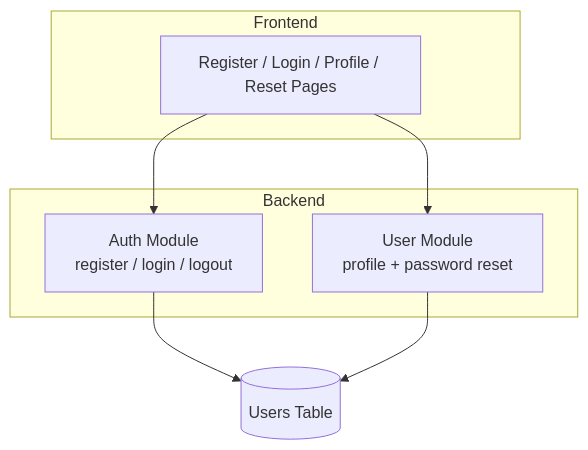
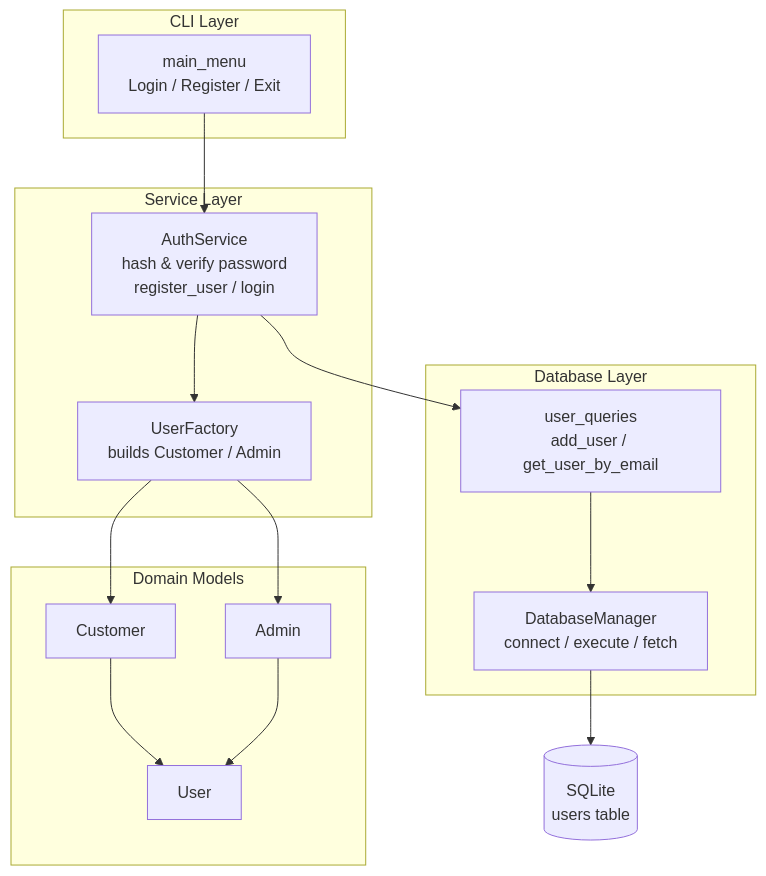
Before and after one commit to eirikrbe/MSE800-PSD: the first of 7 diagrams in W10/Ako-puku_Login_Demo/README.md, drawn with Mermaid. The commit also changed other lines of this file, not shown here.

````diff
--- a/W10/Ako-puku_Login_Demo/README.md
+++ b/W10/Ako-puku_Login_Demo/README.md
@@ -13,18 +12,34 @@
 ```mermaid
 graph TB
-    subgraph FE["Frontend"]
-        Pages[Register / Login / Profile / Reset Pages]
+    subgraph CLI["CLI Layer"]
+        Menu[main_menu<br/>Login / Register / Exit]
     end
 
-    subgraph App["Backend"]
-        Auth[Auth Module<br/>register / login / logout]
-        User[User Module<br/>profile + password reset]
+    subgraph Svc["Service Layer"]
+        Auth[AuthService<br/>hash & verify password<br/>register_user / login]
+        Factory[UserFactory<br/>builds Customer / Admin]
     end
 
-    DB[(Users Table)]
+    subgraph Models["Domain Models"]
+        User[User]
+        Customer[Customer]
+        Admin[Admin]
+    end
 
-    Pages --> Auth
-    Pages --> User
-    Auth --> DB
-    User --> DB
+    subgraph DB["Database Layer"]
+        Manager[DatabaseManager<br/>connect / execute / fetch]
+        Queries[user_queries<br/>add_user / get_user_by_email]
+    end
+
+    Store[(SQLite<br/>users table)]
+
+    Menu --> Auth
+    Auth --> Factory
+    Factory --> Customer
+    Factory --> Admin
+    Customer --> User
+    Admin --> User
+    Auth --> Queries
+    Queries --> Manager
+    Manager --> Store
 ```
````
